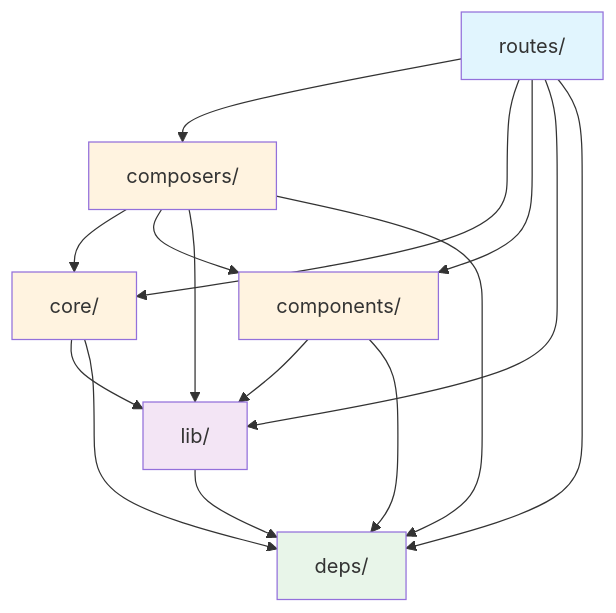
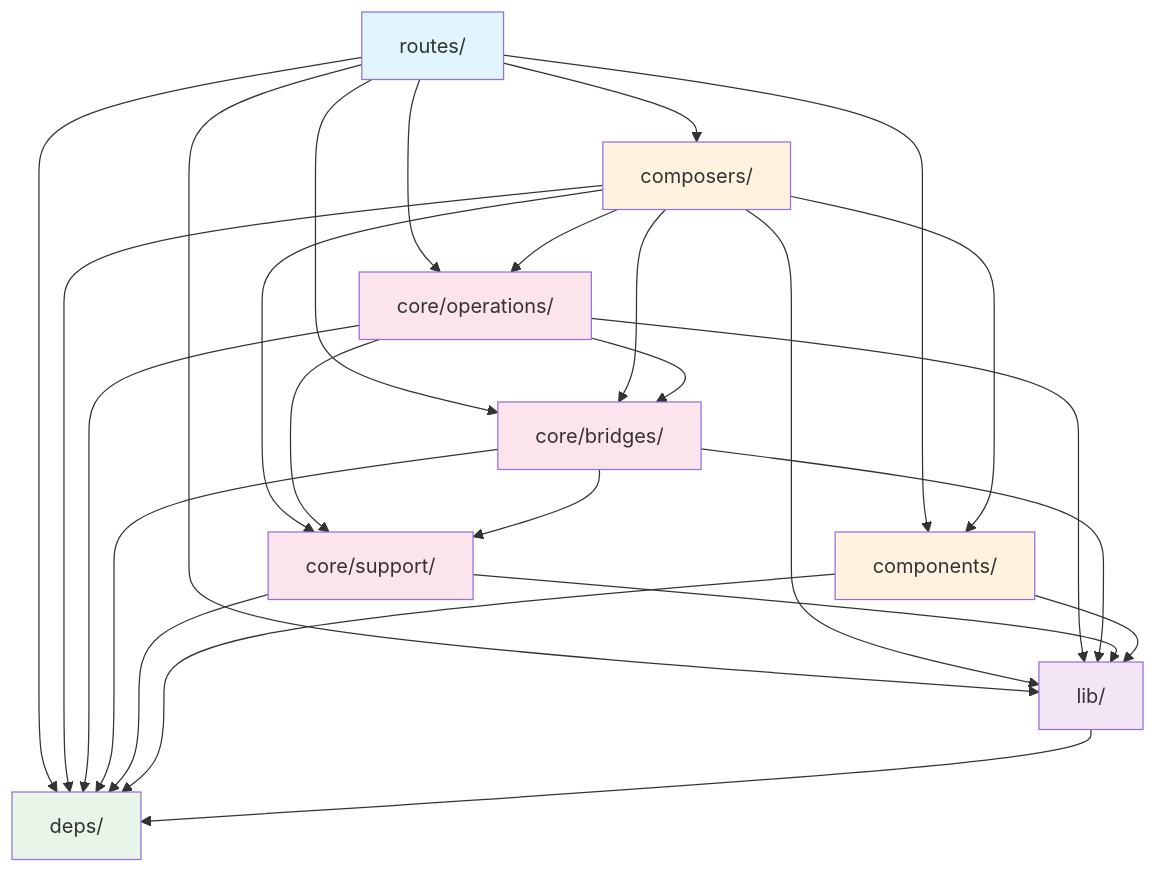
The diagram in DEVELOPMENT.md (jasonkuhrt/maglev), drawn with Mermaid before and after one commit. The commit also changed other lines of this file and 124 other files, not shown here.

````diff
--- a/DEVELOPMENT.md
+++ b/DEVELOPMENT.md
@@ -25,38 +28,54 @@
 ```mermaid
 graph TD
     routes[routes/]
     composers[composers/]
-    core[core/]
+    bridges[core/bridges/]
+    operations[core/operations/]
+    support[core/support/]
     components[components/]
     lib[lib/]
     deps[deps/]
 
     routes --> composers
-    routes --> core
+    routes --> bridges
+    routes --> operations
     routes --> components
     routes --> lib
     routes --> deps
 
-    composers --> core
+    composers --> bridges
+    composers --> operations
+    composers --> support
     composers --> components
     composers --> lib
     composers --> deps
 
-    core --> lib
-    core --> deps
+    operations --> bridges
+    operations --> support
+    operations --> lib
+    operations --> deps
+
+    bridges --> support
+    bridges --> lib
+    bridges --> deps
+
+    support --> lib
+    support --> deps
 
     components --> lib
     components --> deps
 
     lib --> deps
 
     classDef topLevel fill:#e1f5fe
     classDef midLevel fill:#fff3e0
+    classDef coreLevel fill:#fce4ec
     classDef lowLevel fill:#f3e5f5
     classDef baseLevel fill:#e8f5e9
 
     class routes topLevel
-    class composers,core,components midLevel
+    class composers,components midLevel
+    class bridges,operations,support coreLevel
     class lib lowLevel
     class deps baseLevel
 ```
````
